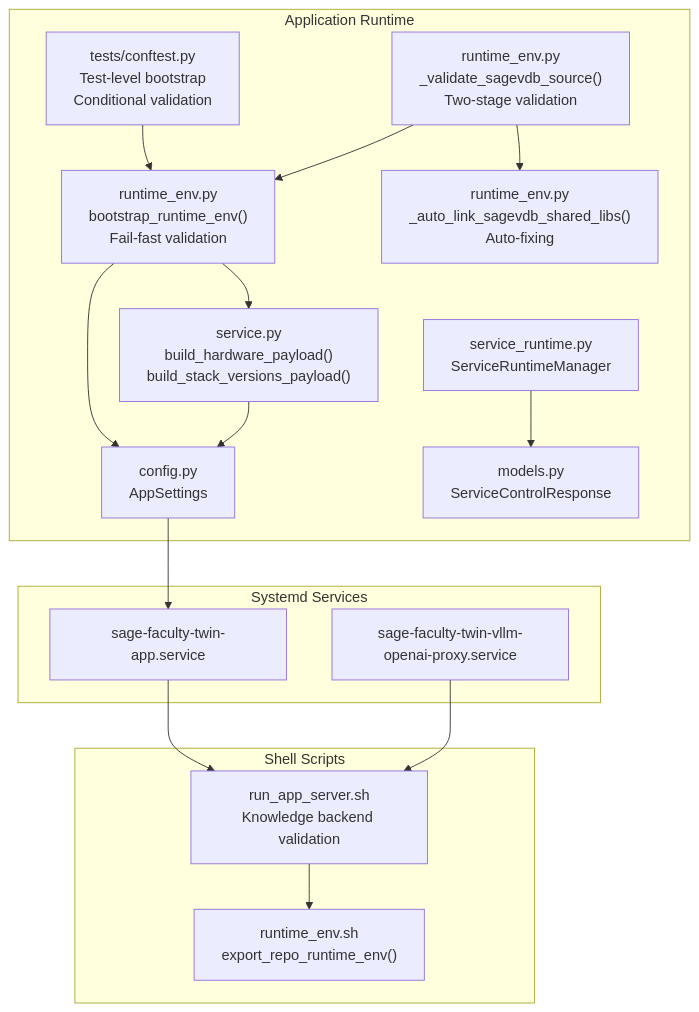
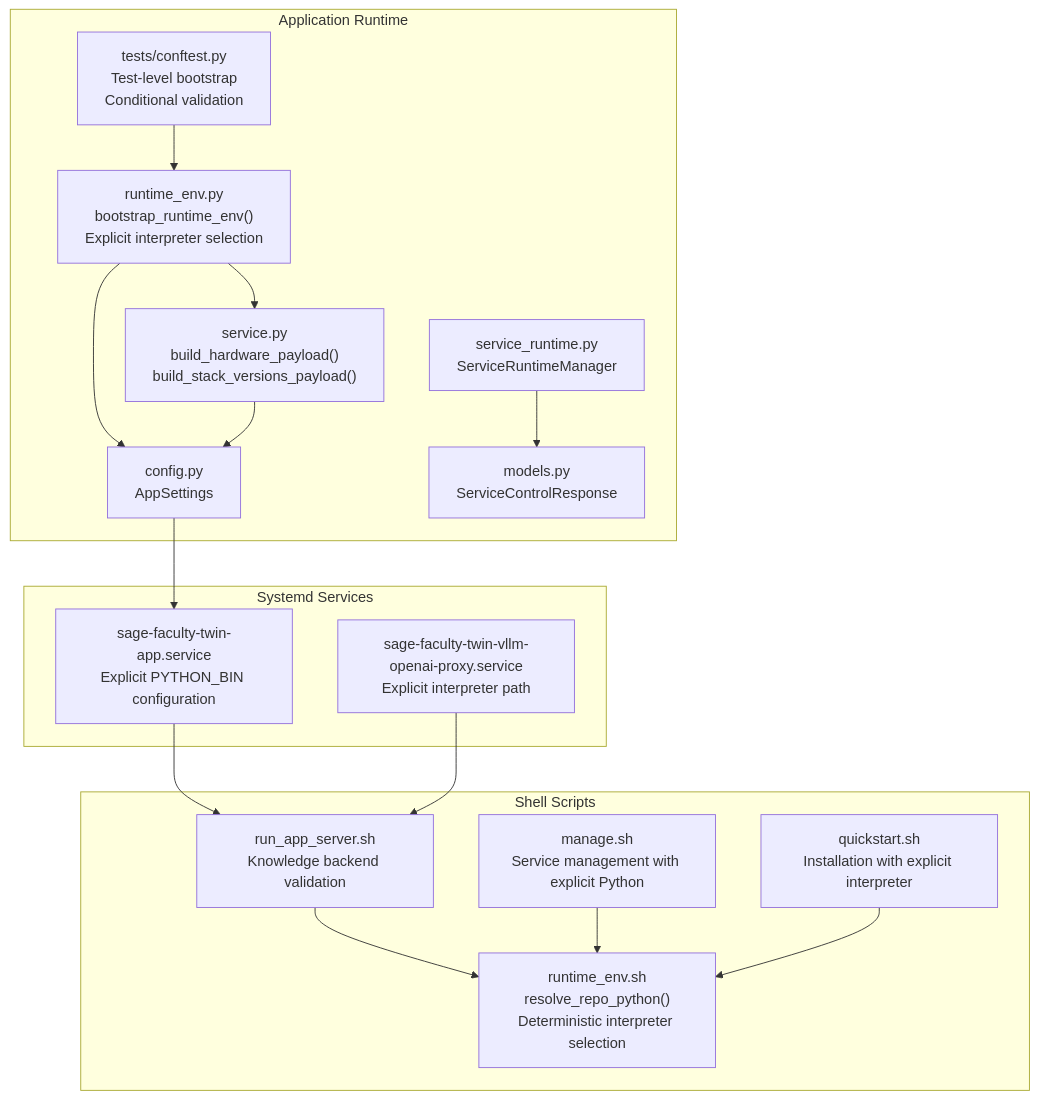
The first of 6 diagrams in .qoder/repowiki/en/content/Core Components/Runtime Environment.md (intellistream/sage-mate), drawn with Mermaid before and after one commit. The commit also changed other lines of this file and 136 other files, not shown here.

First line of the commit message:
chore: source updates, bidirectional link graph, data and repowiki refresh

````diff
--- a/.qoder/repowiki/en/content/Core Components/Runtime Environment.md
+++ b/.qoder/repowiki/en/content/Core Components/Runtime Environment.md
@@ -54,32 +55,32 @@
 ```mermaid
 graph TB
 subgraph "Application Runtime"
-A["runtime_env.py<br/>bootstrap_runtime_env()<br/>Fail-fast validation"]
+A["runtime_env.py<br/>bootstrap_runtime_env()<br/>Explicit interpreter selection"]
 B["service_runtime.py<br/>ServiceRuntimeManager"]
 C["service.py<br/>build_hardware_payload()<br/>build_stack_versions_payload()"]
 D["config.py<br/>AppSettings"]
 E["models.py<br/>ServiceControlResponse"]
 F["tests/conftest.py<br/>Test-level bootstrap<br/>Conditional validation"]
-G["runtime_env.py<br/>_validate_sagevdb_source()<br/>Two-stage validation"]
-H["runtime_env.py<br/>_auto_link_sagevdb_shared_libs()<br/>Auto-fixing"]
 end
 subgraph "Systemd Services"
-S1["sage-faculty-twin-app.service"]
-S2["sage-faculty-twin-vllm-openai-proxy.service"]
+S1["sage-faculty-twin-app.service<br/>Explicit PYTHON_BIN configuration"]
+S2["sage-faculty-twin-vllm-openai-proxy.service<br/>Explicit interpreter path"]
 end
 subgraph "Shell Scripts"
 T1["run_app_server.sh<br/>Knowledge backend validation"]
-L1["runtime_env.sh<br/>export_repo_runtime_env()"]
+L1["runtime_env.sh<br/>resolve_repo_python()<br/>Deterministic interpreter selection"]
+M1["manage.sh<br/>Service management with explicit Python"]
+Q1["quickstart.sh<br/>Installation with explicit interpreter"]
 end
 A --> C
 A --> D
 B --> E
 C --> D
 D --> S1
 S1 --> T1
 S2 --> T1
 T1 --> L1
+M1 --> L1
+Q1 --> L1
 F --> A
-G --> H
-G --> A
 ```
````
